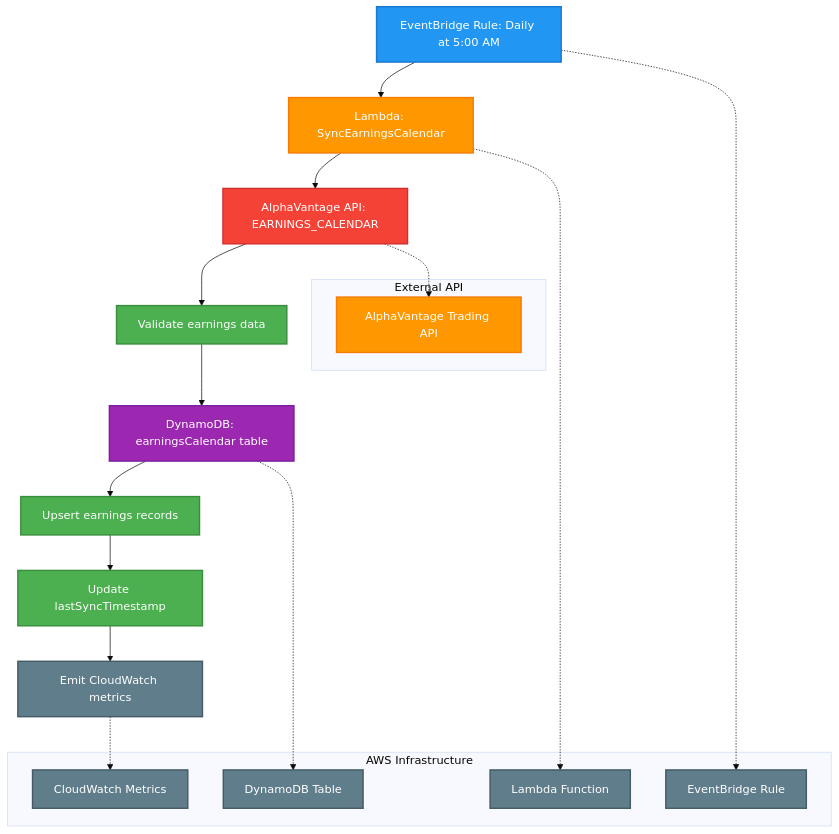
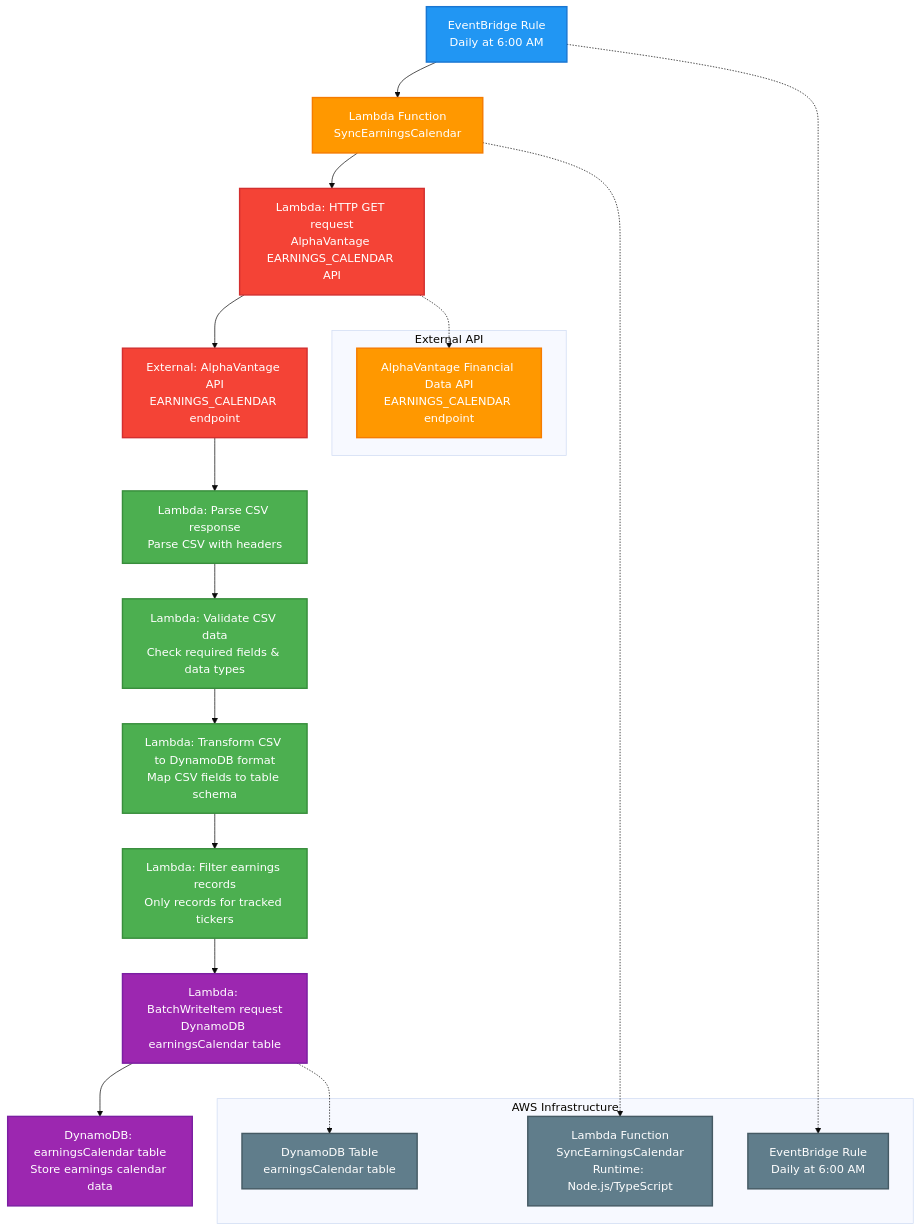
The diagram in ai/brainstorm/diagrams/crons/DailySyncEarningsCalendar.md (alto9/signal9-advisor), drawn with Mermaid (base theme) before and after one commit. The commit also changed other lines of this file and 10 other files, not shown here.

````diff
--- a/ai/brainstorm/diagrams/crons/DailySyncEarningsCalendar.md
+++ b/ai/brainstorm/diagrams/crons/DailySyncEarningsCalendar.md
@@ -5,44 +5,45 @@
 ```mermaid
 flowchart TD
-    A[EventBridge Rule: Daily at 5:00 AM] --> B[Lambda: SyncEarningsCalendar]
-    B --> C[AlphaVantage API: EARNINGS_CALENDAR]
-    C --> D[Validate earnings data]
-    D --> E[DynamoDB: earningsCalendar table]
-    E --> F[Upsert earnings records]
-    F --> G[Update lastSyncTimestamp]
-    G --> H[Emit CloudWatch metrics]
+    A[EventBridge Rule<br/>Daily at 6:00 AM] --> B[Lambda Function<br/>SyncEarningsCalendar]
+    B --> C[Lambda: HTTP GET request<br/>AlphaVantage EARNINGS_CALENDAR API]
+    C --> D[External: AlphaVantage API<br/>EARNINGS_CALENDAR endpoint]
+    D --> E[Lambda: Parse CSV response<br/>Parse CSV with headers]
+    E --> F[Lambda: Validate CSV data<br/>Check required fields & data types]
+    F --> G[Lambda: Transform CSV to DynamoDB format<br/>Map CSV fields to table schema]
+    G --> H[Lambda: Filter earnings records<br/>Only records for tracked tickers]
+    H --> I[Lambda: BatchWriteItem request<br/>DynamoDB earningsCalendar table]
+    I --> J[DynamoDB: earningsCalendar table<br/>Store earnings calendar data]
     
     %% AWS Resources
     subgraph "AWS Infrastructure"
-        I[EventBridge Rule]
-        J[Lambda Function]
-        K[DynamoDB Table]
-        L[CloudWatch Metrics]
+        K[EventBridge Rule<br/>Daily at 6:00 AM]
+        L[Lambda Function<br/>SyncEarningsCalendar<br/>Runtime: Node.js/TypeScript]
+        M[DynamoDB Table<br/>earningsCalendar table]
     end
     
     %% External API
     subgraph "External API"
-        M[AlphaVantage Trading API]
+        N[AlphaVantage Financial Data API<br/>EARNINGS_CALENDAR endpoint]
     end
     
     %% Connections
-    A -.-> I
-    B -.-> J
-    E -.-> K
-    H -.-> L
-    C -.-> M
+    A -.-> K
+    B -.-> L
+    I -.-> M
+    C -.-> N
     
     style A fill:#2196F3,stroke:#1976D2,stroke-width:2px,color:#ffffff
     style B fill:#FF9800,stroke:#F57C00,stroke-width:2px,color:#ffffff
     style C fill:#F44336,stroke:#D32F2F,stroke-width:2px,color:#ffffff
-    style D fill:#4CAF50,stroke:#388E3C,stroke-width:2px,color:#ffffff
-    style E fill:#9C27B0,stroke:#7B1FA2,stroke-width:2px,color:#ffffff
+    style D fill:#F44336,stroke:#D32F2F,stroke-width:2px,color:#ffffff
+    style E fill:#4CAF50,stroke:#388E3C,stroke-width:2px,color:#ffffff
     style F fill:#4CAF50,stroke:#388E3C,stroke-width:2px,color:#ffffff
     style G fill:#4CAF50,stroke:#388E3C,stroke-width:2px,color:#ffffff
-    style H fill:#607D8B,stroke:#455A64,stroke-width:2px,color:#ffffff
-    style I fill:#607D8B,stroke:#455A64,stroke-width:2px,color:#ffffff
-    style J fill:#607D8B,stroke:#455A64,stroke-width:2px,color:#ffffff
+    style H fill:#4CAF50,stroke:#388E3C,stroke-width:2px,color:#ffffff
+    style I fill:#9C27B0,stroke:#7B1FA2,stroke-width:2px,color:#ffffff
+    style J fill:#9C27B0,stroke:#7B1FA2,stroke-width:2px,color:#ffffff
     style K fill:#607D8B,stroke:#455A64,stroke-width:2px,color:#ffffff
     style L fill:#607D8B,stroke:#455A64,stroke-width:2px,color:#ffffff
-    style M fill:#FF9800,stroke:#F57C00,stroke-width:2px,color:#ffffff
+    style M fill:#607D8B,stroke:#455A64,stroke-width:2px,color:#ffffff
+    style N fill:#FF9800,stroke:#F57C00,stroke-width:2px,color:#ffffff
 ```
````
